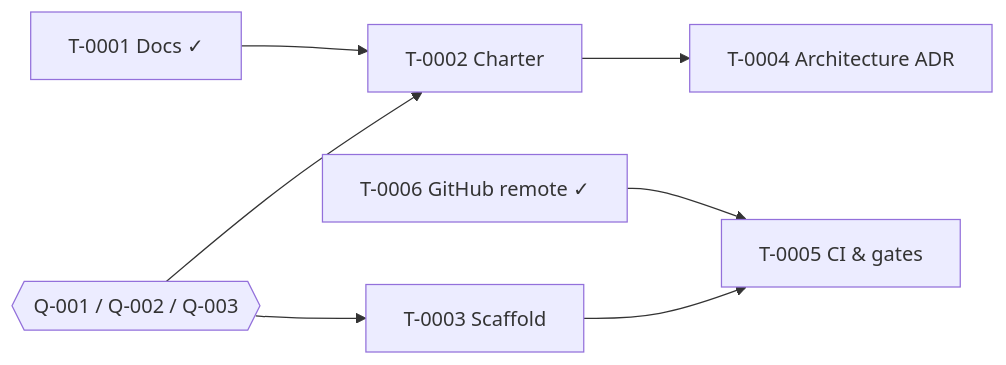
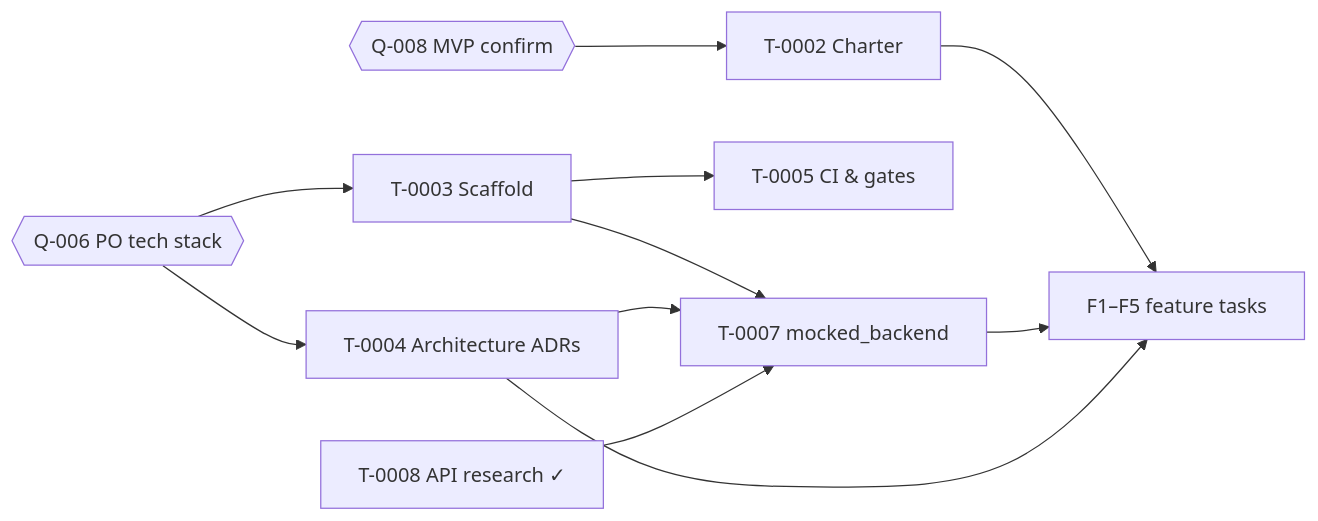
One commit to emiliev/mini-client-application changed the diagram in documents/tasks/BOARD.md. Above: the diagram before and after it, drawn with Mermaid. The commit also changed other lines of this file and 23 other files, not shown here.

First line of the commit message:
T-0002: Record PO direction, draft charter, add mocked backend ADRs

````diff
--- a/documents/tasks/BOARD.md
+++ b/documents/tasks/BOARD.md
@@ -24,9 +26,13 @@
 ```mermaid
 flowchart LR
-    T1[T-0001 Docs ✓] --> T2[T-0002 Charter]
-    T6[T-0006 GitHub remote ✓] --> T5
-    Q1{{Q-001 / Q-002 / Q-003}} --> T2
-    Q1 --> T3[T-0003 Scaffold]
-    T2 --> T4[T-0004 Architecture ADR]
+    Q6{{Q-006 PO tech stack}} --> T3[T-0003 Scaffold]
+    Q6 --> T4[T-0004 Architecture ADRs]
+    Q8{{Q-008 MVP confirm}} --> T2[T-0002 Charter]
+    T2 --> FEAT[F1–F5 feature tasks]
     T3 --> T5[T-0005 CI & gates]
+    T3 --> T7[T-0007 mocked_backend]
+    T4 --> T7
+    T8[T-0008 API research ✓] --> T7
+    T7 --> FEAT
+    T4 --> FEAT
 ```
````
